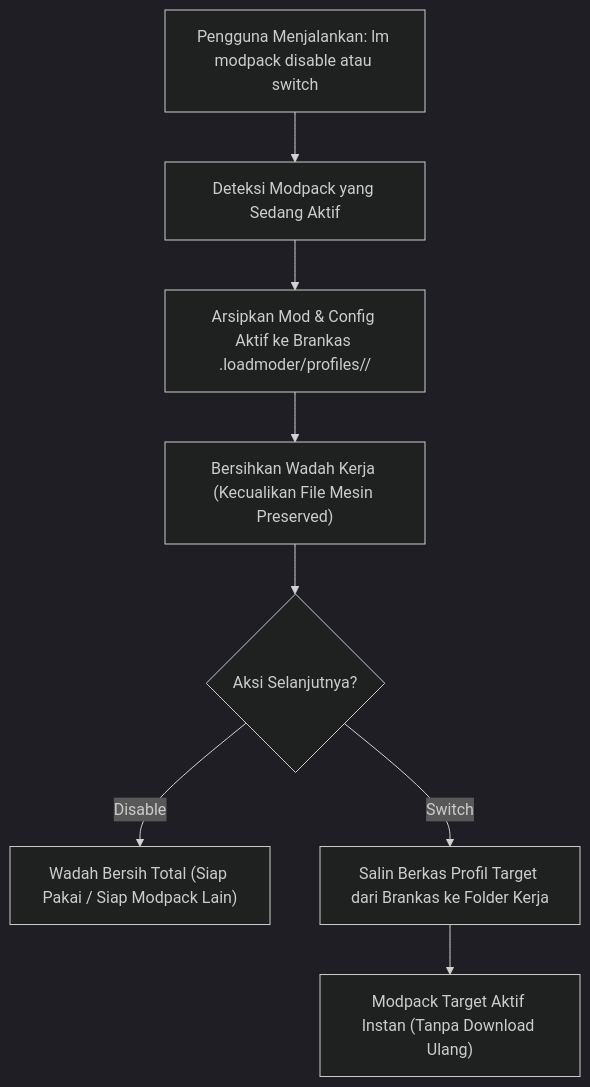
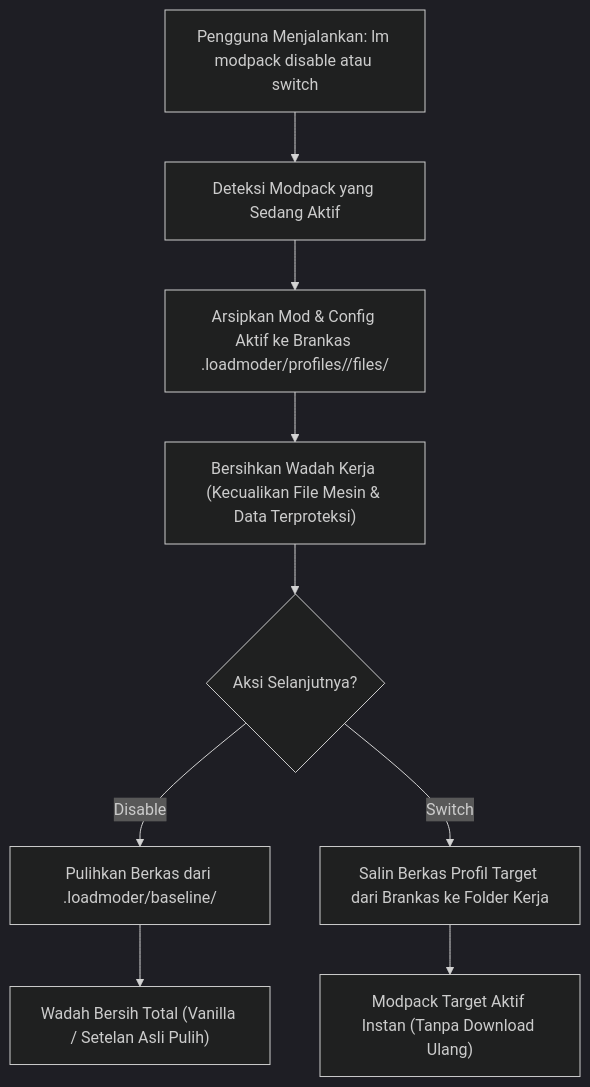
Before and after one commit to 2Hafast8/LoadModer: the second of 2 diagrams in docs/04-modpack-engine.md, drawn with Mermaid (dark theme). The commit also changed other lines of this file and 28 other files, not shown here.

Commit message:
feat(legacy): dual-path launcher architecture, one-time golden baseline, zero-overwrite guard, and capability matrix

````diff
--- a/docs/04-modpack-engine.md
+++ b/docs/04-modpack-engine.md
@@ -307,16 +330,17 @@
 ```mermaid
 flowchart TD
     Action["Pengguna Menjalankan: lm modpack disable atau switch"]
     ScanActive["Deteksi Modpack yang Sedang Aktif"]
-    Backup["Arsipkan Mod & Config Aktif ke Brankas .loadmoder/profiles/<id>/"]
-    CleanWadah["Bersihkan Wadah Kerja (Kecualikan File Mesin Preserved)"]
+    Backup["Arsipkan Mod & Config Aktif ke Brankas .loadmoder/profiles/<id>/files/"]
+    CleanWadah["Bersihkan Wadah Kerja (Kecualikan File Mesin & Data Terproteksi)"]
     
     Action --> ScanActive
     ScanActive --> Backup
     Backup --> CleanWadah
     
     CleanWadah --> Choice{"Aksi Selanjutnya?"}
-    Choice -- "Disable" --> CleanState["Wadah Bersih Total (Siap Pakai / Siap Modpack Lain)"]
+    Choice -- "Disable" --> RestoreBase["Pulihkan Berkas dari .loadmoder/baseline/"]
+    RestoreBase --> CleanState["Wadah Bersih Total (Vanilla / Setelan Asli Pulih)"]
     Choice -- "Switch <id>" --> Restore["Salin Berkas Profil Target dari Brankas ke Folder Kerja"]
     Restore --> Done["Modpack Target Aktif Instan (Tanpa Download Ulang)"]
 ```
````
